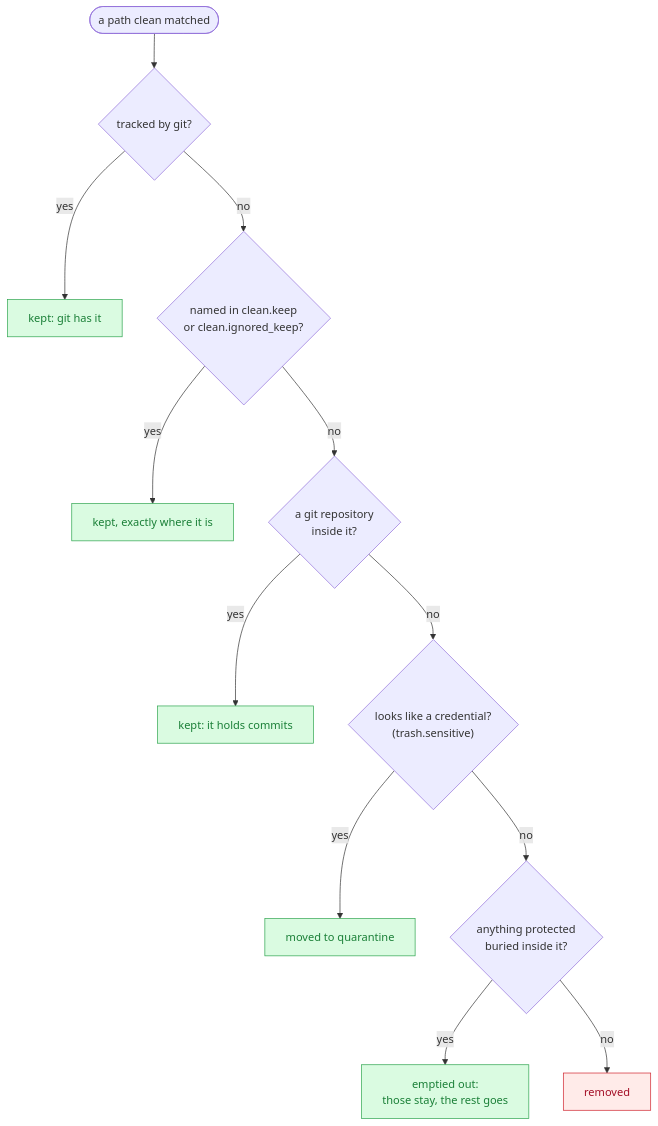
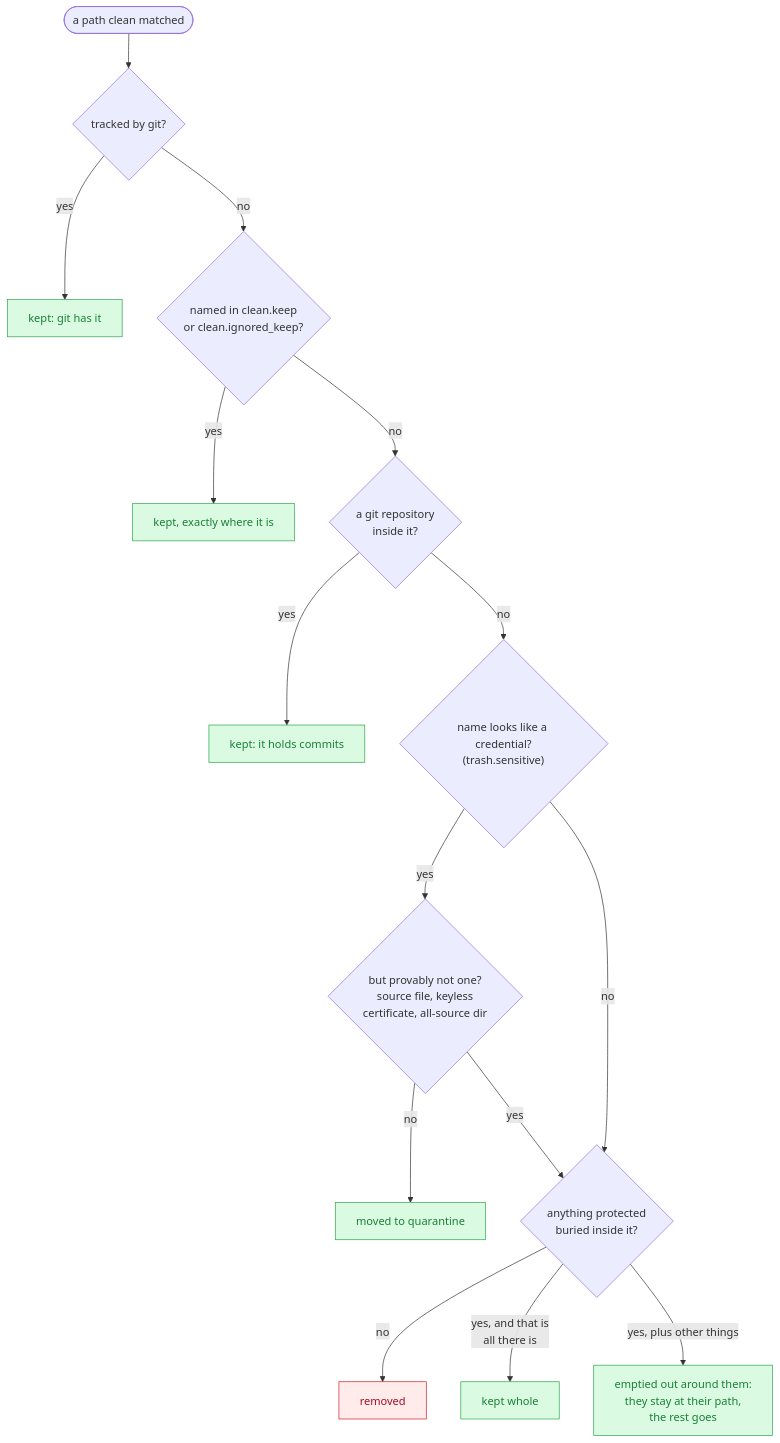
One commit to sapn95/git-tidy changed the second of 4 diagrams in README.md. Above: the diagram before and after it, drawn with Mermaid. The commit also changed other lines of this file and 4 other files, not shown here.

````diff
--- a/README.md
+++ b/README.md
@@ -276,19 +276,22 @@
 ```mermaid
 flowchart TD
     F([a path clean matched]) --> TR{tracked by git?}
-    TR -->|yes| KEEP1[kept: git has it]
+    TR -->|yes| K1[kept: git has it]
     TR -->|no| KP{"named in clean.keep<br>or clean.ignored_keep?"}
-    KP -->|yes| KEEP2[kept, exactly where it is]
+    KP -->|yes| K2[kept, exactly where it is]
     KP -->|no| REPO{"a git repository<br>inside it?"}
-    REPO -->|yes| KEEP3[kept: it holds commits]
-    REPO -->|no| SENS{"looks like a credential?<br>(trash.sensitive)"}
-    SENS -->|yes| Q[moved to quarantine]
+    REPO -->|yes| K3[kept: it holds commits]
+    REPO -->|no| SENS{"name looks like a credential?<br>(trash.sensitive)"}
+    SENS -->|yes| PROVE{"but provably not one?<br>source file, keyless<br>certificate, all-source dir"}
+    PROVE -->|no| Q[moved to quarantine]
+    PROVE -->|yes| INSIDE
     SENS -->|no| INSIDE{"anything protected<br>buried inside it?"}
-    INSIDE -->|yes| THIN["emptied out:<br>those stay, the rest goes"]
     INSIDE -->|no| DEL[removed]
+    INSIDE -->|"yes, and that is<br>all there is"| K4[kept whole]
+    INSIDE -->|"yes, plus other things"| THIN["emptied out around them:<br>they stay at their path,<br>the rest goes"]
 
     classDef safe fill:#dafbe1,stroke:#2da44e,color:#1a7f37
     classDef gone fill:#ffebe9,stroke:#cf222e,color:#a40e26
-    class KEEP1,KEEP2,KEEP3,Q,THIN safe
+    class K1,K2,K3,K4,Q,THIN safe
     class DEL gone
 ```
````
